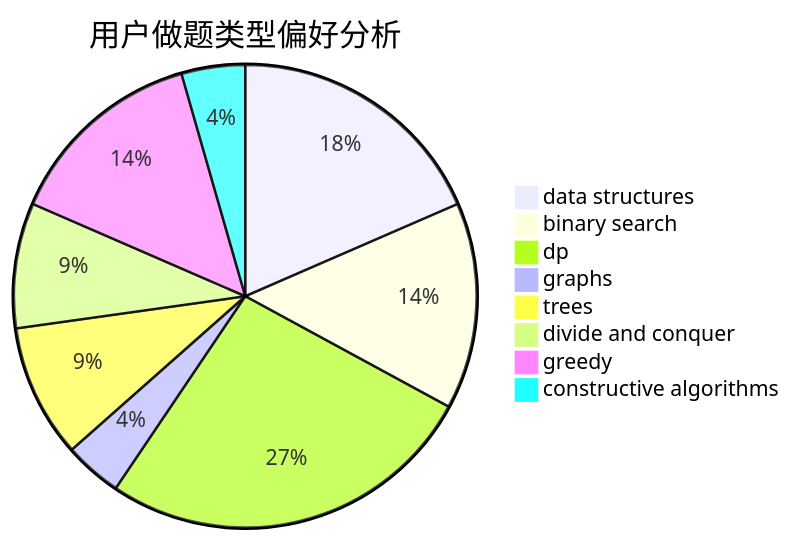
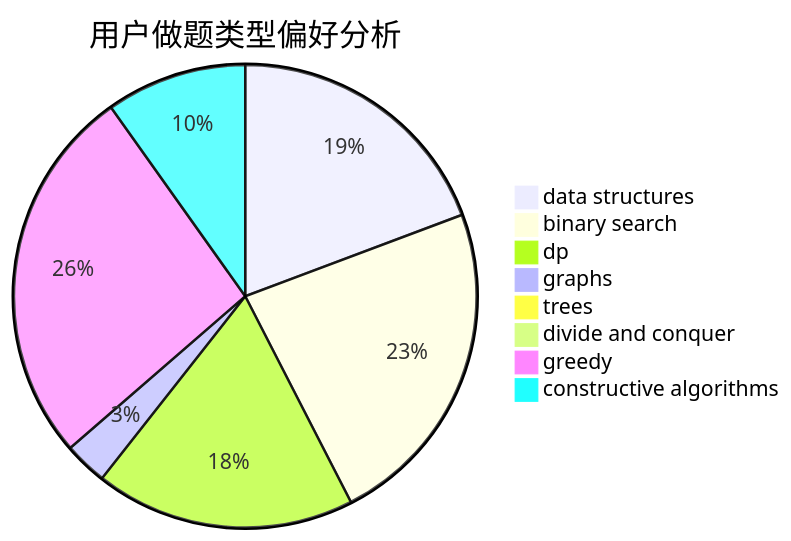
Before and after one commit to sherpahu/cfrs.github.io: the second of 3 diagrams in docs/user/u434.md, drawn with Mermaid. The commit also changed other lines of this file and 2770 other files, not shown here.

````diff
--- a/docs/user/u434.md
+++ b/docs/user/u434.md
@@ -23,11 +23,11 @@
 ```mermaid
 pie title 用户做题类型偏好分析
-    "data structures" :  133
-    "binary search" :  104
-    "dp" :  191
-    "graphs" :  29
-    "trees" :  67
-    "divide and conquer" :  63
-    "greedy" :  101
-    "constructive algorithms" :  32
+    "data structures" :  447
+    "binary search" :  537
+    "dp" :  421
+    "graphs" :  70
+    "trees" :  13
+    "divide and conquer" :  9
+    "greedy" :  615
+    "constructive algorithms" :  228
 ```
````
